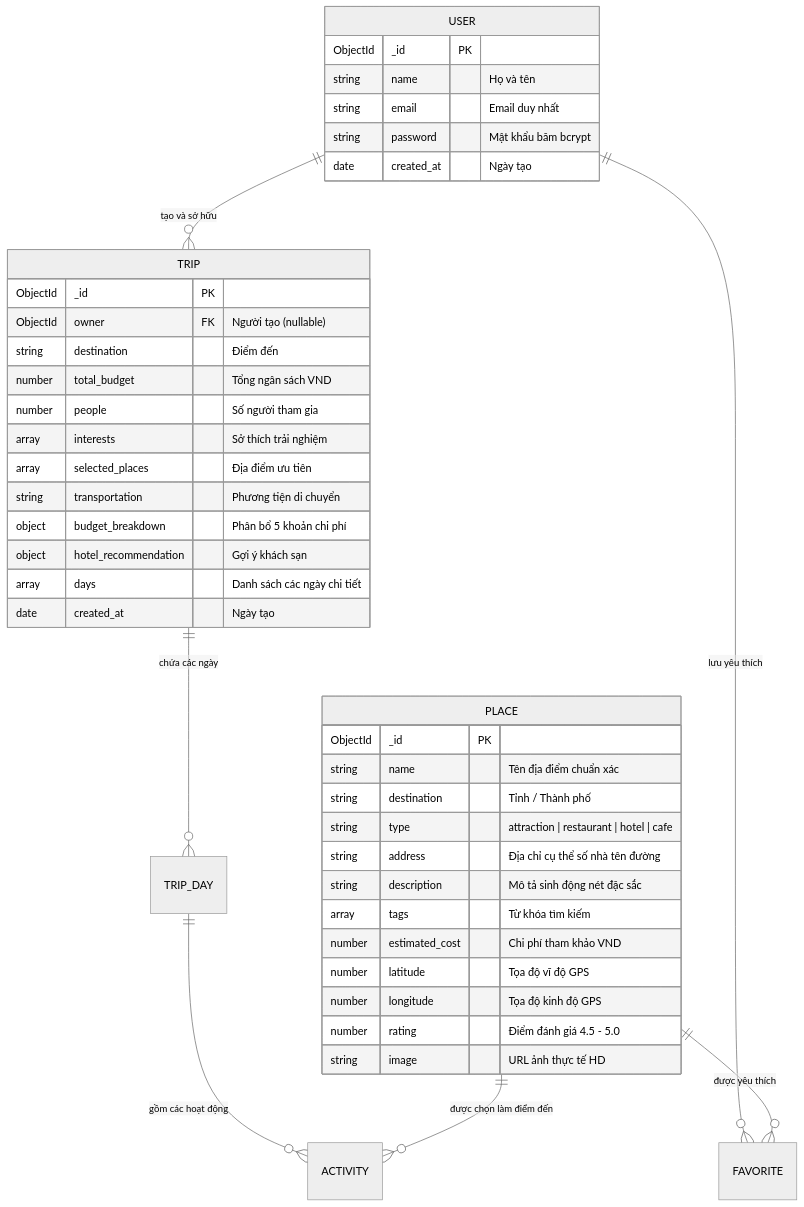
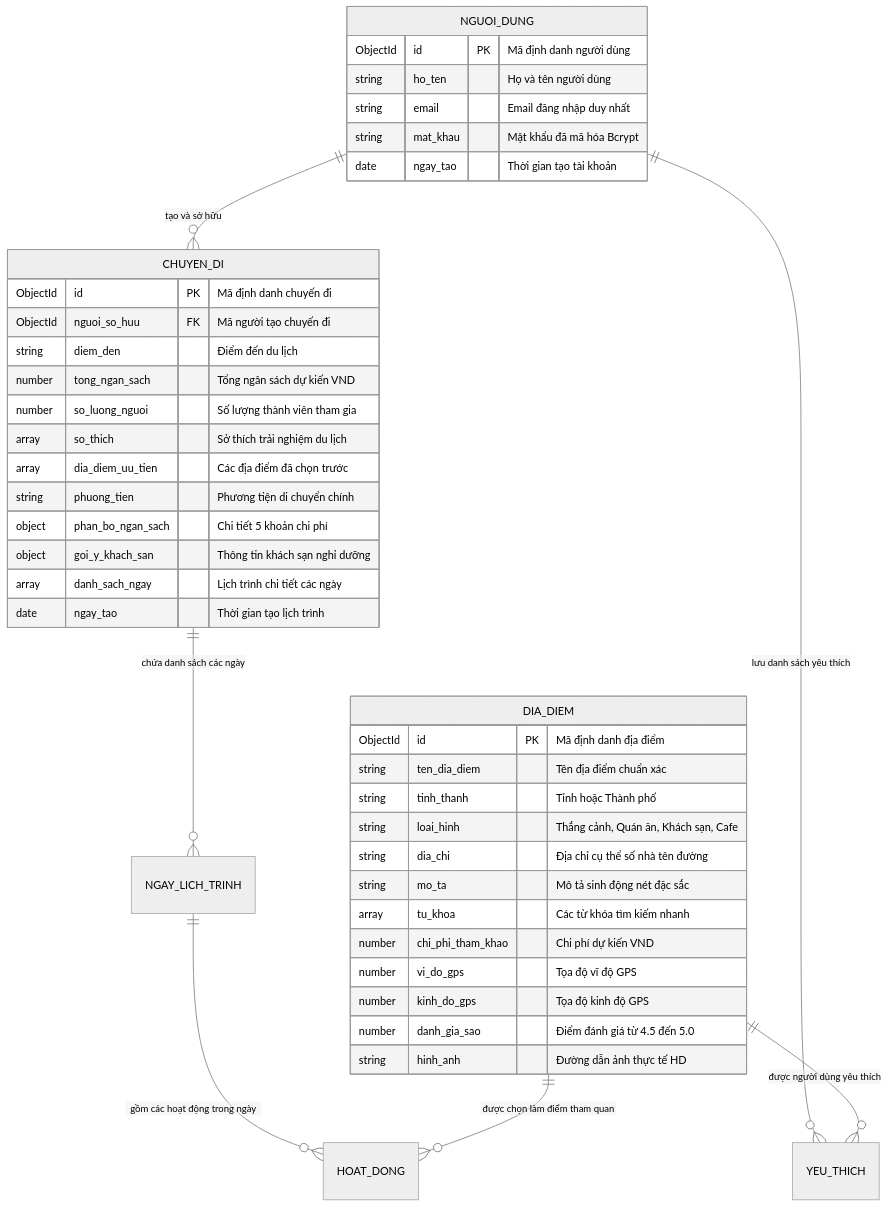
One commit to HexDen/Travel_Trips_Central_VietNam changed the fifth of 6 diagrams in README.md. Above: the diagram before and after it, drawn with Mermaid (neutral theme). The commit also changed other lines of this file, not shown here.

Commit message:
fix: 100% Vietnamese mermaid diagrams and detailed presentation guide

````diff
--- a/README.md
+++ b/README.md
@@ -225,47 +225,47 @@
 ```mermaid
 erDiagram
-    USER ||--o{ TRIP : "tạo và sở hữu"
-    USER ||--o{ FAVORITE : "lưu yêu thích"
-    TRIP ||--o{ TRIP_DAY : "chứa các ngày"
-    TRIP_DAY ||--o{ ACTIVITY : "gồm các hoạt động"
-    PLACE ||--o{ FAVORITE : "được yêu thích"
-    PLACE ||--o{ ACTIVITY : "được chọn làm điểm đến"
+    NGUOI_DUNG ||--o{ CHUYEN_DI : "tạo và sở hữu"
+    NGUOI_DUNG ||--o{ YEU_THICH : "lưu danh sách yêu thích"
+    CHUYEN_DI ||--o{ NGAY_LICH_TRINH : "chứa danh sách các ngày"
+    NGAY_LICH_TRINH ||--o{ HOAT_DONG : "gồm các hoạt động trong ngày"
+    DIA_DIEM ||--o{ YEU_THICH : "được người dùng yêu thích"
+    DIA_DIEM ||--o{ HOAT_DONG : "được chọn làm điểm tham quan"
 
-    USER {
-        ObjectId _id PK
-        string name "Họ và tên"
-        string email "Email duy nhất"
-        string password "Mật khẩu băm bcrypt"
-        date created_at "Ngày tạo"
+    NGUOI_DUNG {
+        ObjectId id PK "Mã định danh người dùng"
+        string ho_ten "Họ và tên người dùng"
+        string email "Email đăng nhập duy nhất"
+        string mat_khau "Mật khẩu đã mã hóa Bcrypt"
+        date ngay_tao "Thời gian tạo tài khoản"
     }
 
-    PLACE {
-        ObjectId _id PK
-        string name "Tên địa điểm chuẩn xác"
-        string destination "Tỉnh / Thành phố"
-        string type "attraction | restaurant | hotel | cafe"
-        string address "Địa chỉ cụ thể số nhà tên đường"
-        string description "Mô tả sinh động nét đặc sắc"
-        array tags "Từ khóa tìm kiếm"
-        number estimated_cost "Chi phí tham khảo VND"
-        number latitude "Tọa độ vĩ độ GPS"
-        number longitude "Tọa độ kinh độ GPS"
-        number rating "Điểm đánh giá 4.5 - 5.0"
-        string image "URL ảnh thực tế HD"
+    DIA_DIEM {
+        ObjectId id PK "Mã định danh địa điểm"
+        string ten_dia_diem "Tên địa điểm chuẩn xác"
+        string tinh_thanh "Tỉnh hoặc Thành phố"
+        string loai_hinh "Thắng cảnh, Quán ăn, Khách sạn, Cafe"
+        string dia_chi "Địa chỉ cụ thể số nhà tên đường"
+        string mo_ta "Mô tả sinh động nét đặc sắc"
+        array tu_khoa "Các từ khóa tìm kiếm nhanh"
+        number chi_phi_tham_khao "Chi phí dự kiến VND"
+        number vi_do_gps "Tọa độ vĩ độ GPS"
+        number kinh_do_gps "Tọa độ kinh độ GPS"
+        number danh_gia_sao "Điểm đánh giá từ 4.5 đến 5.0"
+        string hinh_anh "Đường dẫn ảnh thực tế HD"
     }
 
-    TRIP {
-        ObjectId _id PK
-        ObjectId owner FK "Người tạo (nullable)"
-        string destination "Điểm đến"
-        number total_budget "Tổng ngân sách VND"
-        number people "Số người tham gia"
-        array interests "Sở thích trải nghiệm"
-        array selected_places "Địa điểm ưu tiên"
-        string transportation "Phương tiện di chuyển"
-        object budget_breakdown "Phân bổ 5 khoản chi phí"
-        object hotel_recommendation "Gợi ý khách sạn"
-        array days "Danh sách các ngày chi tiết"
-        date created_at "Ngày tạo"
+    CHUYEN_DI {
+        ObjectId id PK "Mã định danh chuyến đi"
+        ObjectId nguoi_so_huu FK "Mã người tạo chuyến đi"
+        string diem_den "Điểm đến du lịch"
+        number tong_ngan_sach "Tổng ngân sách dự kiến VND"
+        number so_luong_nguoi "Số lượng thành viên tham gia"
+        array so_thich "Sở thích trải nghiệm du lịch"
+        array dia_diem_uu_tien "Các địa điểm đã chọn trước"
+        string phuong_tien "Phương tiện di chuyển chính"
+        object phan_bo_ngan_sach "Chi tiết 5 khoản chi phí"
+        object goi_y_khach_san "Thông tin khách sạn nghỉ dưỡng"
+        array danh_sach_ngay "Lịch trình chi tiết các ngày"
+        date ngay_tao "Thời gian tạo lịch trình"
     }
 ```
````
